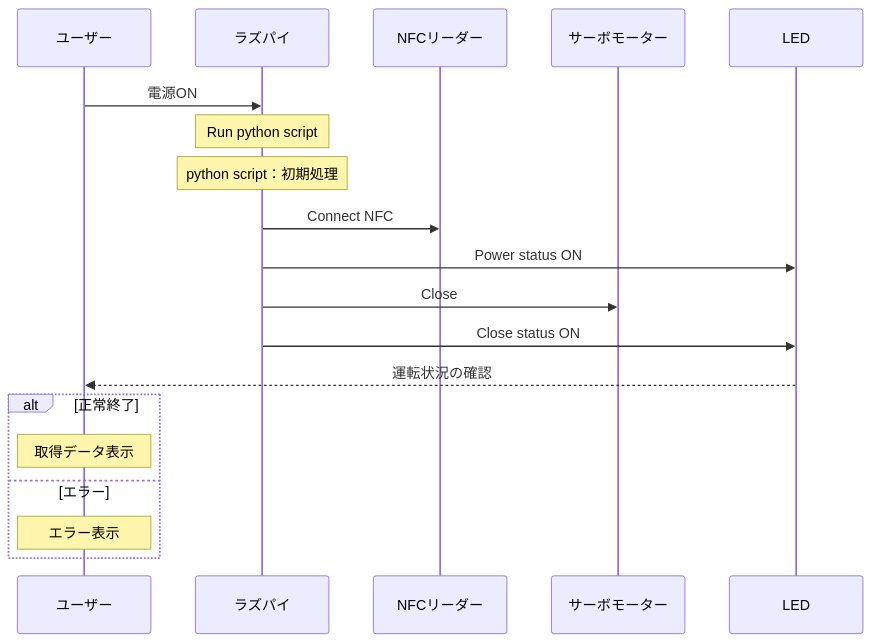
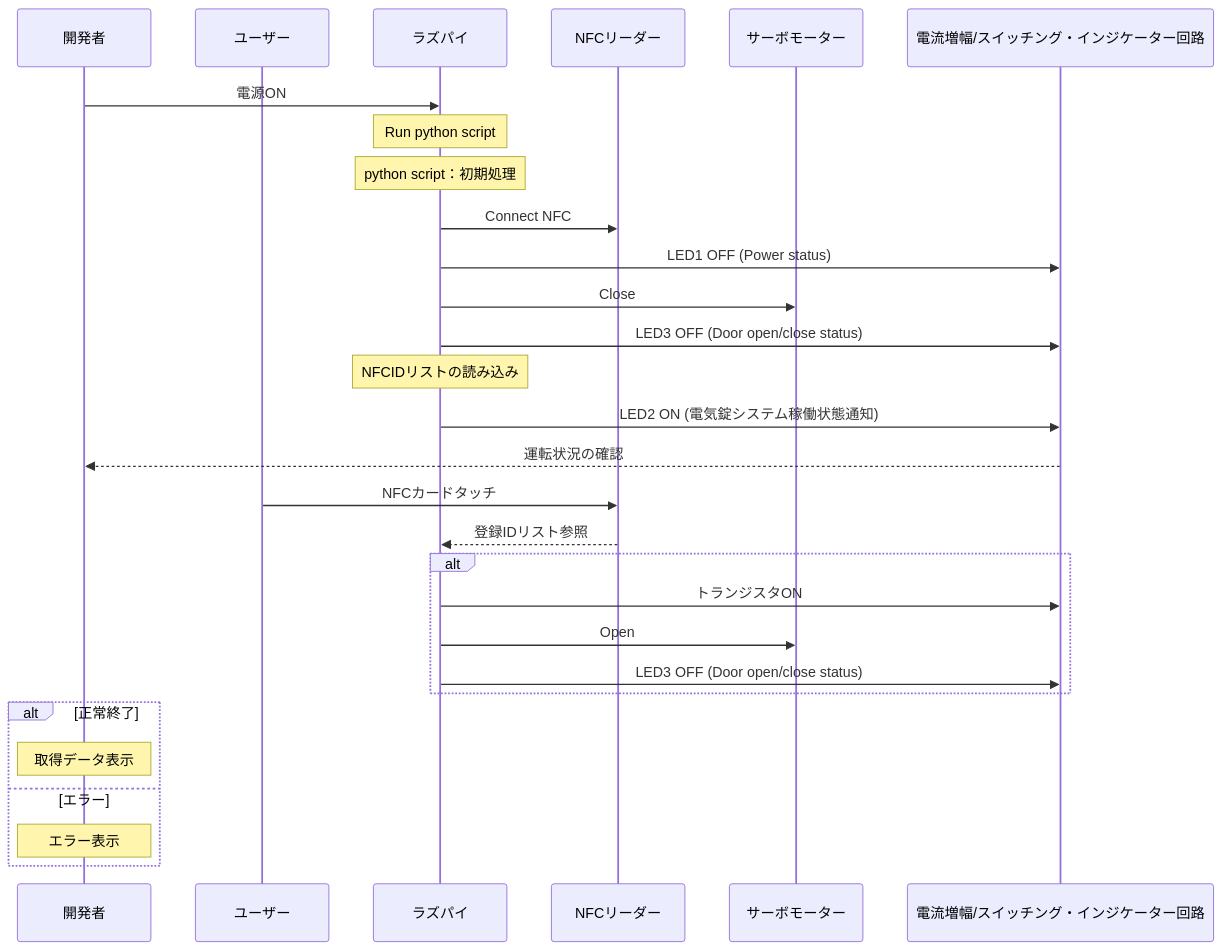
The second of 2 diagrams in memo/SystemMEMO.md (YUKI-SOKENDAI/SmartLock), drawn with Mermaid before and after one commit.

````diff
--- a/memo/SystemMEMO.md
+++ b/memo/SystemMEMO.md
@@ -63,28 +63,40 @@
 ```mermaid
 sequenceDiagram
-    participant user as ユーザー
+    participant user as 開発者
+    participant user1 as ユーザー
     participant raspi as ラズパイ
     participant nfc as NFCリーダー
     participant servo as サーボモーター
-    participant led as LED
+    participant circuit as 電流増幅/スイッチング・インジケーター回路
     
     # hoge
     user->>raspi: 電源ON
     Note over raspi : Run python script
     Note over raspi : python script：初期処理
     
     raspi->>nfc: Connect NFC
-    raspi->>led: Power status ON
+    raspi->>circuit: LED1 OFF (Power status)
     raspi->>servo: Close
-    raspi->>led: Close status ON
-    led-->>user: 運転状況の確認
+    raspi->>circuit: LED3 OFF (Door open/close status)
+    Note over raspi : NFCIDリストの読み込み
+    raspi->>circuit: LED2 ON (電気錠システム稼働状態通知)
+    circuit-->>user: 運転状況の確認
+    
+    user1->>nfc: NFCカードタッチ
+    nfc-->>raspi:登録IDリスト参照
+    alt 
+        raspi->>circuit: トランジスタON
+        raspi->>servo: Open
+        raspi->>circuit: LED3 OFF (Door open/close status)
+    end
+    
     
     #raspi-->>user: こんにちは！！
     
     # hoge
     alt 正常終了
         Note over user : 取得データ表示
     else エラー
         Note over user : エラー表示
     end
 ```
````
